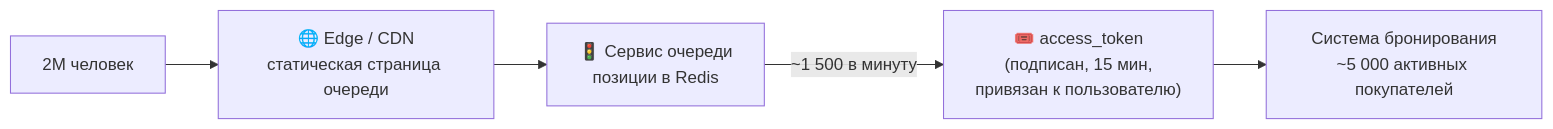
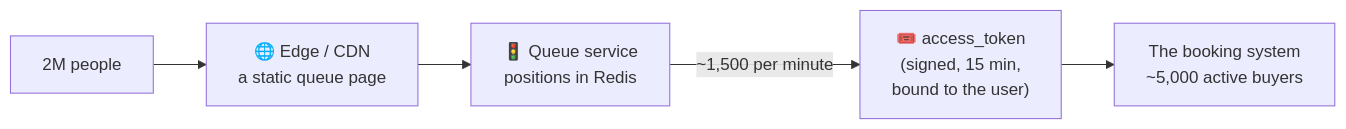
Before and after one commit to jwm1rr0rb10/FAANG-MANGO-interview: the fifth of 5 diagrams in system-design/02_Tier 1 Core Classic/13_Design Ticketmaster or Hotel Booking/README.md, drawn with Mermaid. The commit also changed other lines of this file and 120 other files, not shown here.

````diff
--- a/system-design/02_Tier 1 Core Classic/13_Design Ticketmaster or Hotel Booking/README.md
+++ b/system-design/02_Tier 1 Core Classic/13_Design Ticketmaster or Hotel Booking/README.md
@@ -435,7 +435,7 @@
 ```mermaid
 flowchart LR
-    U["2M человек"] --> E["🌐 Edge / CDN<br/>статическая страница очереди"]
-    E --> Q["🚦 Сервис очереди<br/>позиции в Redis"]
-    Q -->|"~1 500 в минуту"| T["🎟️ access_token<br/>(подписан, 15 мин,<br/>привязан к пользователю)"]
-    T --> BK["Система бронирования<br/>~5 000 активных покупателей"]
+    U["2M people"] --> E["🌐 Edge / CDN<br/>a static queue page"]
+    E --> Q["🚦 Queue service<br/>positions in Redis"]
+    Q -->|"~1,500 per minute"| T["🎟️ access_token<br/>(signed, 15 min,<br/>bound to the user)"]
+    T --> BK["The booking system<br/>~5,000 active buyers"]
 ```
````
